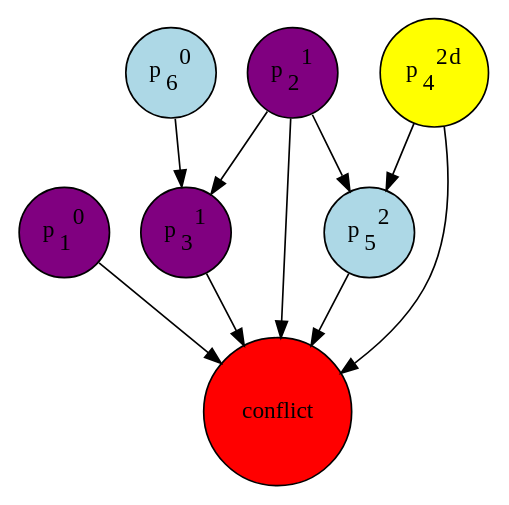
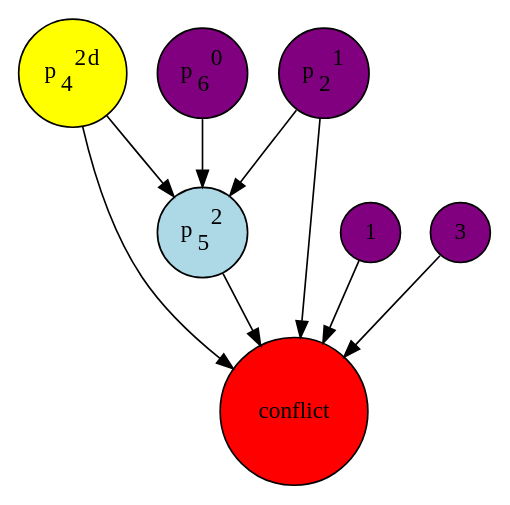
Before and after one commit to NicolasDerumigny/Project2-SAT-Solver: the diagram in Rendu3/graph.dot, drawn with Graphviz. The commit also changed 3 other files, not shown here.

Commit message:
debug graph

```diff
--- a/Rendu3/graph.dot
+++ b/Rendu3/graph.dot
@@ -1,27 +1,22 @@
 digraph conflict {
 node [style="filled,rounded",shape=circle,fillcolor=white];
-1 [label=<p<SUB>1</SUB><SUP>0</SUP>>,fillcolor=lightblue];
-6 [label=<p<SUB>6</SUB><SUP>0</SUP>>,fillcolor=lightblue];
-2 [label=<p<SUB>2</SUB><SUP>1</SUP><SUP>d</SUP>>,fillcolor=lightblue];
-3 [label=<p<SUB>3</SUB><SUP>1</SUP>>,fillcolor=lightblue];
-6 [label=<p<SUB>6</SUB><SUP>0</SUP>>];
-6 -> 3;
-2 [label=<p<SUB>2</SUB><SUP>1</SUP><SUP>d</SUP>>];
-2 -> 3;
 4 [label=<p<SUB>4</SUB><SUP>2</SUP><SUP>d</SUP>>,fillcolor=lightblue];
 5 [label=<p<SUB>5</SUB><SUP>2</SUP>>,fillcolor=lightblue];
+6 [label=<p<SUB>6</SUB><SUP>0</SUP>>];
+6 -> 5;
 2 [label=<p<SUB>2</SUB><SUP>1</SUP>>];
 2 -> 5;
 4 [label=<p<SUB>4</SUB><SUP>2</SUP><SUP>d</SUP>>];
 4 -> 5;
 1 [fillcolor=purple];
 2 [fillcolor=purple];
 3 [fillcolor=purple];
 4 [fillcolor=yellow];
+6 [fillcolor=purple];
 conflict [fillcolor=red];
 1 -> conflict;
 2 -> conflict;
 3 -> conflict;
 4 -> conflict;
 5 -> conflict;
 }
```
